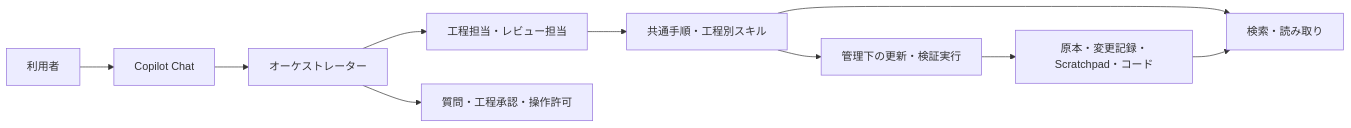
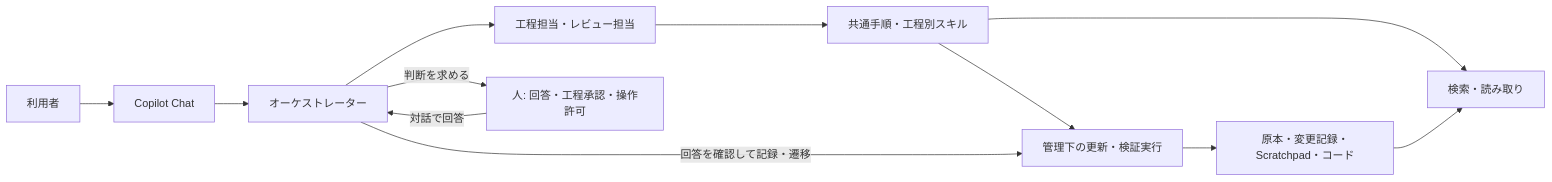
Before and after one commit to miyahiro/ai-powered-spec-driven-development: the diagram in docs/spec/current/design/README.md, drawn with Mermaid. The commit also changed other lines of this file and 44 other files, not shown here.

````diff
--- a/docs/spec/current/design/README.md
+++ b/docs/spec/current/design/README.md
@@ -21,12 +22,14 @@
 ```mermaid
 flowchart LR
     User[利用者] --> Chat[Copilot Chat]
     Chat --> Orchestrator[オーケストレーター]
     Orchestrator --> Roles[工程担当・レビュー担当]
     Roles --> Skills[共通手順・工程別スキル]
     Skills --> Read[検索・読み取り]
     Skills --> Managed[管理下の更新・検証実行]
     Managed --> Files[原本・変更記録・Scratchpad・コード]
     Files --> Read
-    Orchestrator --> Human[質問・工程承認・操作許可]
+    Orchestrator -->|判断を求める| Human[人: 回答・工程承認・操作許可]
+    Human -->|対話で回答| Orchestrator
+    Orchestrator -->|回答を確認して記録・遷移| Managed
 ```
````
